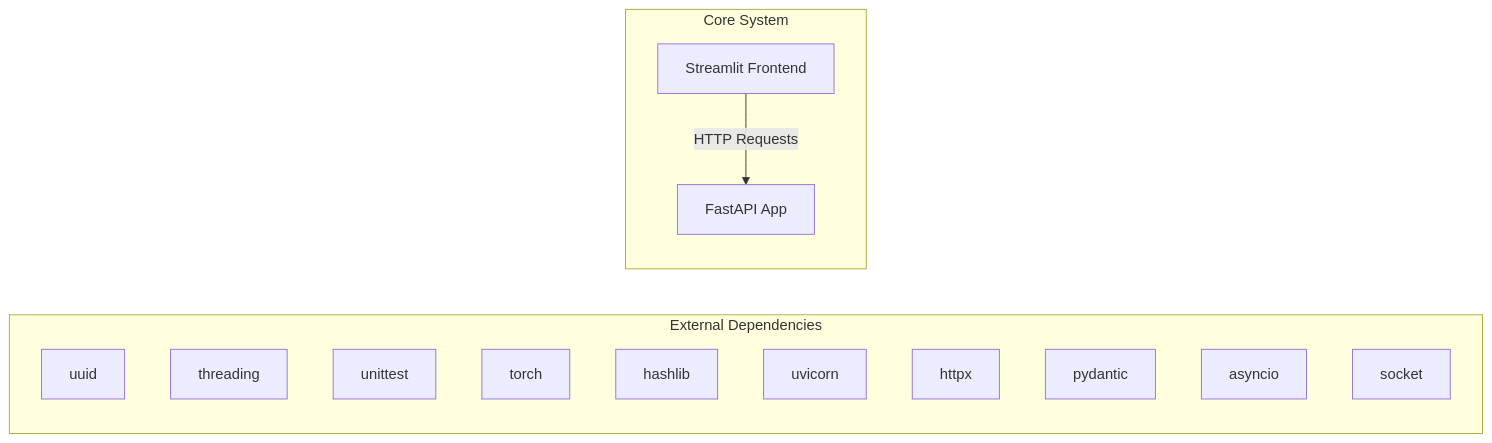
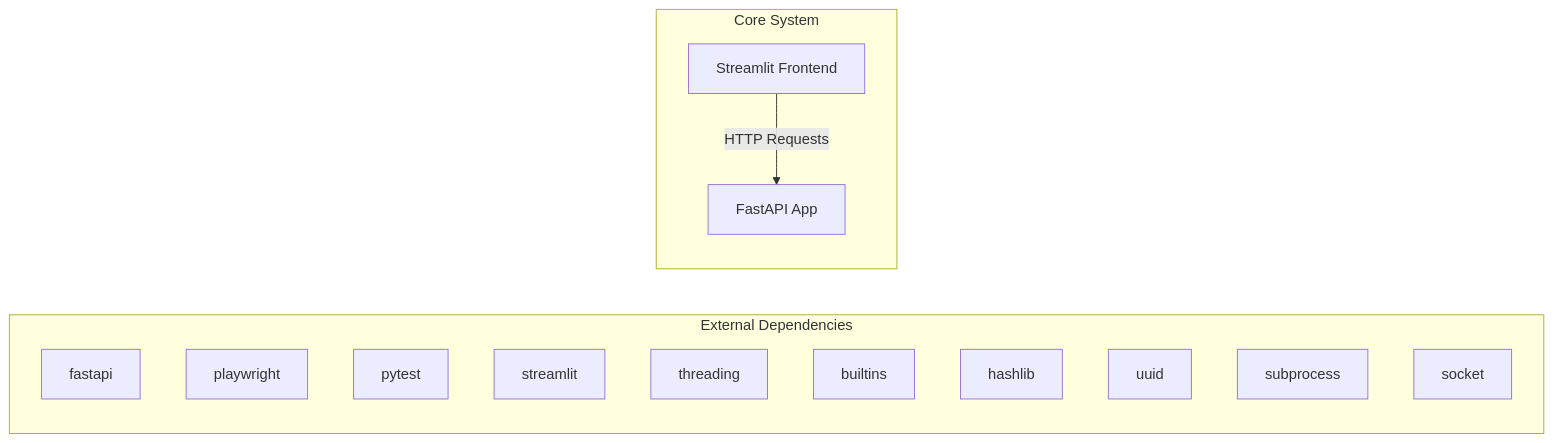
Before and after one commit to NITISH-R-G/rag-context-optimizer: the first of 2 diagrams in docs/architecture.md, drawn with Mermaid. The commit also changed 1 other file, not shown here.

Commit message:
docs: auto-update repository knowledge, architecture diagrams, and documentation

````diff
--- a/docs/architecture.md
+++ b/docs/architecture.md
@@ -7,20 +7,20 @@
 ```mermaid
 graph LR
     subgraph External Dependencies
-        E0["uuid"]
-        E1["threading"]
-        E2["unittest"]
-        E3["torch"]
-        E4["hashlib"]
-        E5["uvicorn"]
-        E6["httpx"]
-        E7["pydantic"]
-        E8["asyncio"]
+        E0["fastapi"]
+        E1["playwright"]
+        E2["pytest"]
+        E3["streamlit"]
+        E4["threading"]
+        E5["builtins"]
+        E6["hashlib"]
+        E7["uuid"]
+        E8["subprocess"]
         E9["socket"]
     end
     subgraph Core System
         API["FastAPI App"]
         UI["Streamlit Frontend"]
     end
     UI -->|HTTP Requests| API
 ```
````
